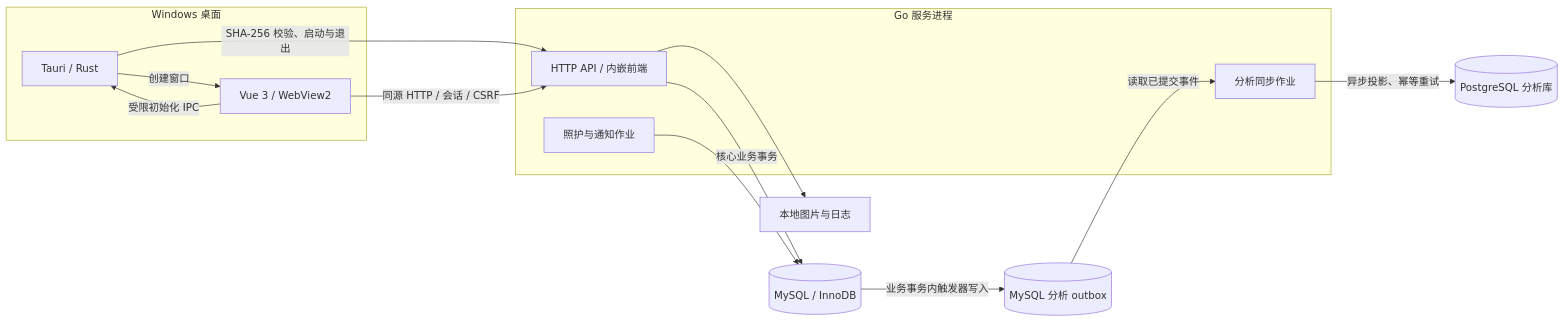
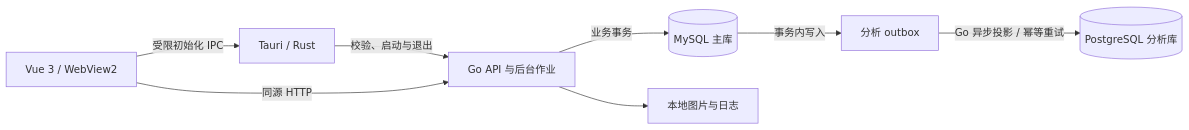
The diagram in README.md (WatchTestCs/smart-elderly-watch-management), drawn with Mermaid before and after one commit. The commit also changed other lines of this file and 3 other files, not shown here.

````diff
--- a/README.md
+++ b/README.md
@@ -115,22 +98,10 @@
 ```mermaid
 flowchart LR
-  subgraph Client["Windows 桌面"]
-    R["Tauri / Rust"]
-    V["Vue 3 / WebView2"]
-    R -->|"创建窗口"| V
-    V -->|"受限初始化 IPC"| R
-  end
-  subgraph Server["Go 服务进程"]
-    G["HTTP API / 内嵌前端"]
-    C["照护与通知作业"]
-    A["分析同步作业"]
-  end
-  R -->|"SHA-256 校验、启动与退出"| G
-  V -->|"同源 HTTP / 会话 / CSRF"| G
-  G -->|"核心业务事务"| M[("MySQL / InnoDB")]
-  C --> M
-  M -->|"业务事务内触发器写入"| O[("MySQL 分析 outbox")]
-  O -->|"读取已提交事件"| A
-  A -->|"异步投影、幂等重试"| P[("PostgreSQL 分析库")]
+  R["Tauri / Rust"] -->|"校验、启动与退出"| G["Go API 与后台作业"]
+  V["Vue 3 / WebView2"] -->|"同源 HTTP"| G
+  V -->|"受限初始化 IPC"| R
+  G -->|"业务事务"| M[("MySQL 主库")]
+  M -->|"事务内写入"| O["分析 outbox"]
+  O -->|"Go 异步投影 / 幂等重试"| P[("PostgreSQL 分析库")]
   G --> F["本地图片与日志"]
 ```
````
